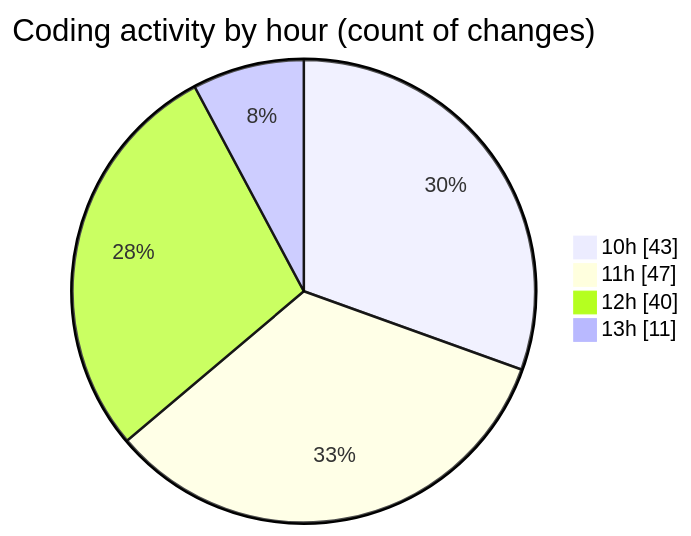
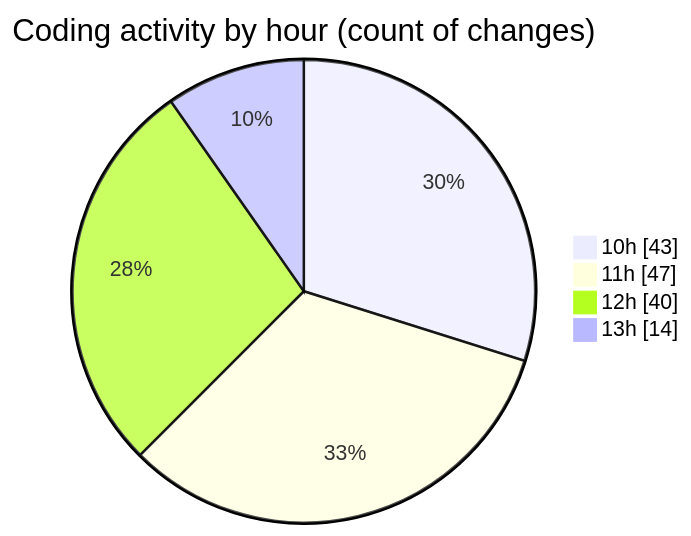
The second of 2 diagrams in 2025-02-10/cda/README.md (momahboobian/code-tracking), drawn with Mermaid before and after one commit. The commit also changed other lines of this file and 1 other file, not shown here.

````diff
--- a/2025-02-10/cda/README.md
+++ b/2025-02-10/cda/README.md
@@ -35,8 +35,8 @@
 ```mermaid
 pie showData
 title Coding activity by hour (count of changes)
 "10h" : 43
 "11h" : 47
 "12h" : 40
-"13h" : 11
+"13h" : 14
 ```
````
